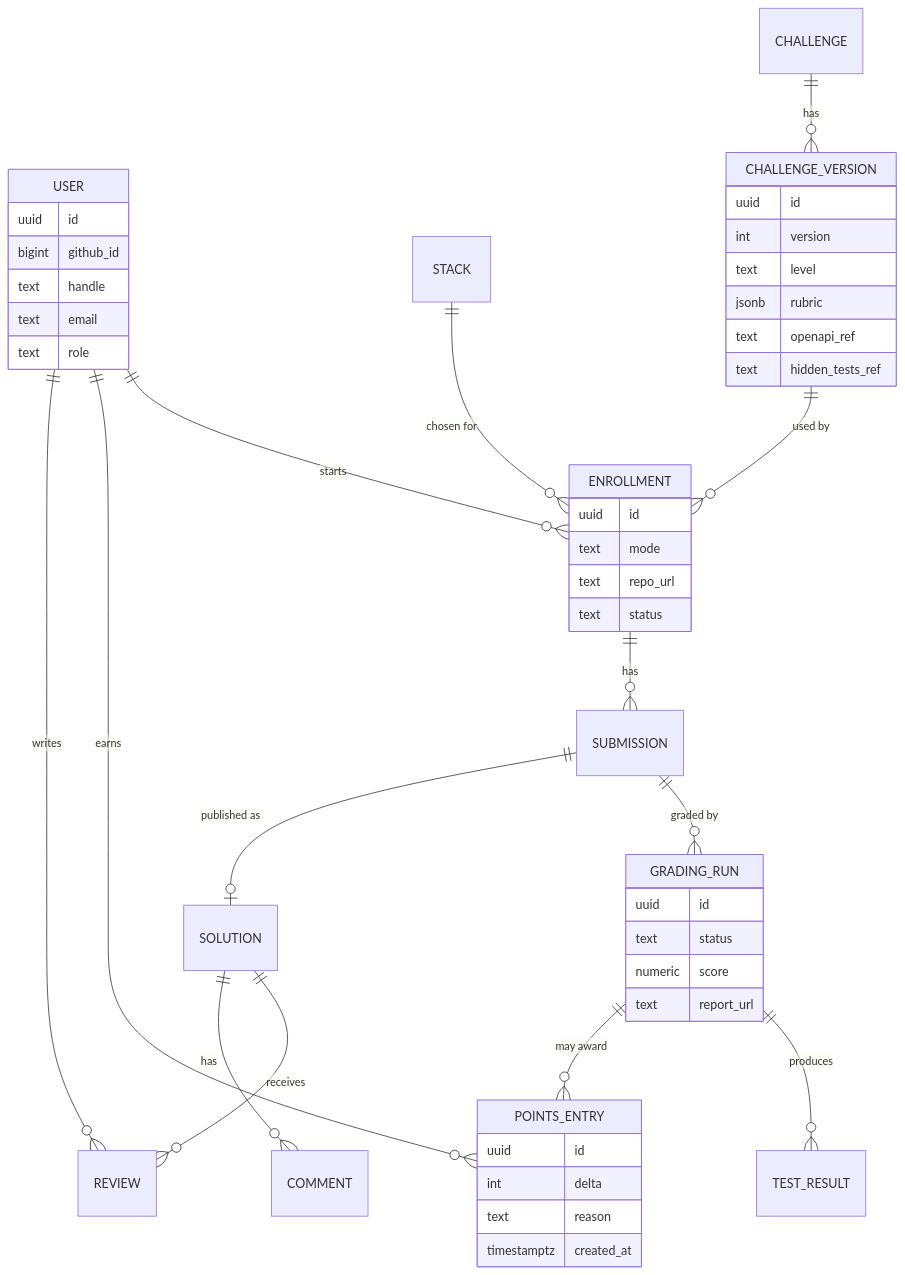
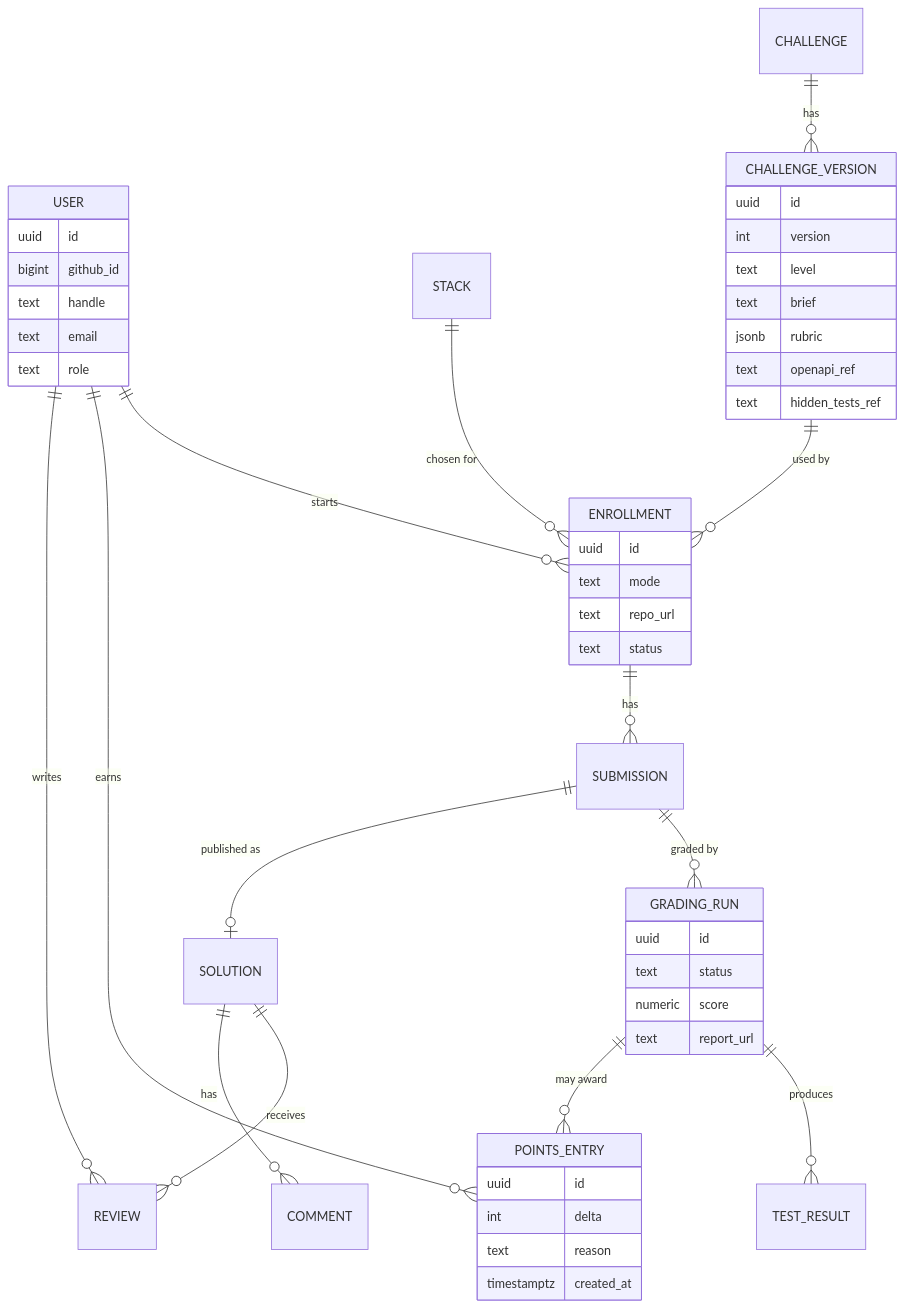
Before and after one commit to lastiroko/forge: the fifth of 11 diagrams in docs/02-architecture.md, drawn with Mermaid. The commit also changed 9 other files, not shown here.

````diff
--- a/docs/02-architecture.md
+++ b/docs/02-architecture.md
@@ -193,50 +193,51 @@
 ```mermaid
 erDiagram
   USER ||--o{ ENROLLMENT : starts
   USER ||--o{ POINTS_ENTRY : earns
   USER ||--o{ REVIEW : writes
   STACK ||--o{ ENROLLMENT : "chosen for"
   CHALLENGE ||--o{ CHALLENGE_VERSION : has
   CHALLENGE_VERSION ||--o{ ENROLLMENT : "used by"
   ENROLLMENT ||--o{ SUBMISSION : has
   SUBMISSION ||--o{ GRADING_RUN : "graded by"
   GRADING_RUN ||--o{ TEST_RESULT : produces
   GRADING_RUN ||--o{ POINTS_ENTRY : "may award"
   SUBMISSION ||--o| SOLUTION : "published as"
   SOLUTION ||--o{ REVIEW : receives
   SOLUTION ||--o{ COMMENT : has
 
   USER {
     uuid id
     bigint github_id
     text handle
     text email
     text role
   }
   CHALLENGE_VERSION {
     uuid id
     int version
     text level
+    text brief
     jsonb rubric
     text openapi_ref
     text hidden_tests_ref
   }
   ENROLLMENT {
     uuid id
     text mode
     text repo_url
     text status
   }
   GRADING_RUN {
     uuid id
     text status
     numeric score
     text report_url
   }
   POINTS_ENTRY {
     uuid id
     int delta
     text reason
     timestamptz created_at
   }
 ```
````
